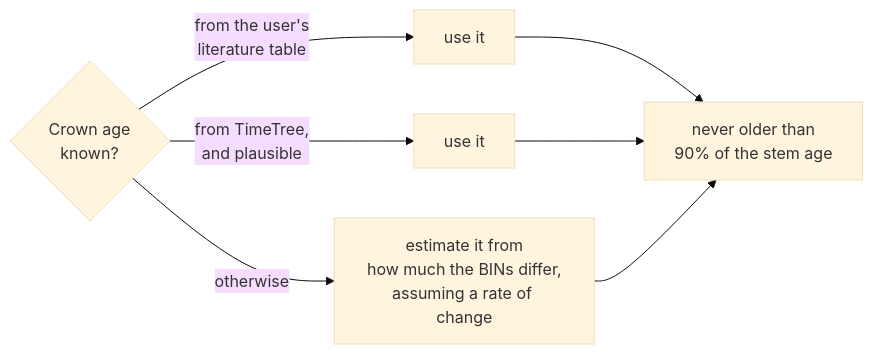
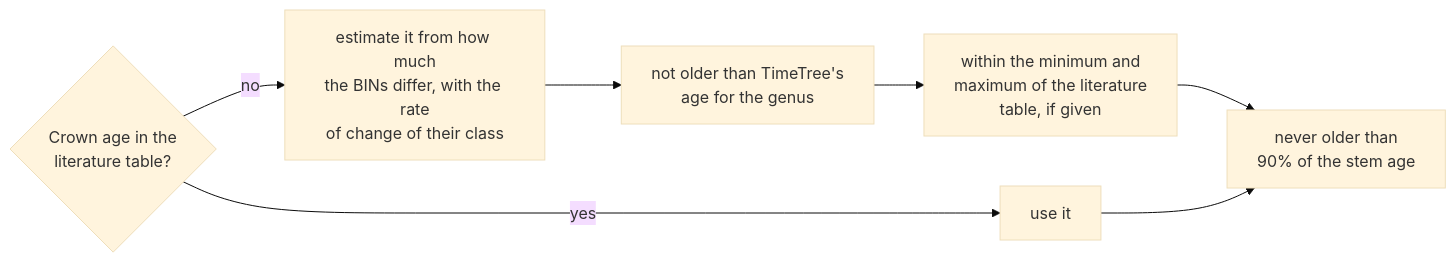
One commit to naturalis/timegraft changed the third of 5 diagrams in docs/science/how-it-works.md. Above: the diagram before and after it, drawn with Mermaid (base theme). The commit also changed other lines of this file and 44 other files, not shown here.

````diff
--- a/docs/science/how-it-works.md
+++ b/docs/science/how-it-works.md
@@ -64,9 +64,9 @@
 ```mermaid
 flowchart LR
-    q{"Crown age<br/>known?"} -->|"from the user's<br/>literature table"| use1["use it"]
-    q -->|"from TimeTree,<br/>and plausible"| use2["use it"]
-    q -->|"otherwise"| rate["estimate it from<br/>how much the BINs differ,<br/>assuming a rate of change"]
-    use1 --> cap["never older than<br/>90% of the stem age"]
-    use2 --> cap
-    rate --> cap
+    q{"Crown age in the<br/>literature table?"} -->|"yes"| use1["use it"]
+    q -->|"no"| rate["estimate it from how much<br/>the BINs differ, with the rate<br/>of change of their class"]
+    rate --> b1["not older than TimeTree's<br/>age for the genus"]
+    b1 --> b2["within the minimum and<br/>maximum of the literature<br/>table, if given"]
+    b2 --> cap["never older than<br/>90% of the stem age"]
+    use1 --> cap
 ```
````
